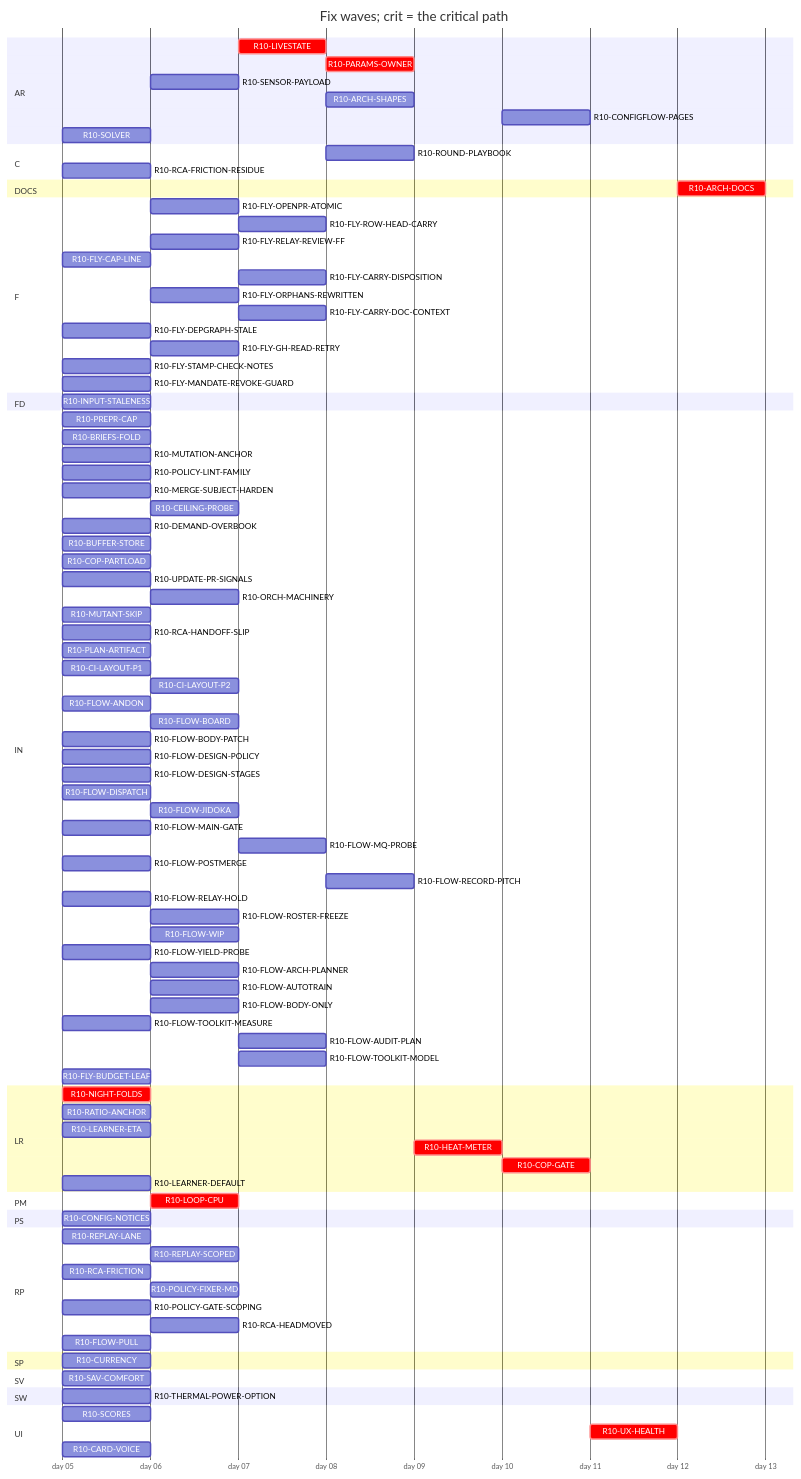
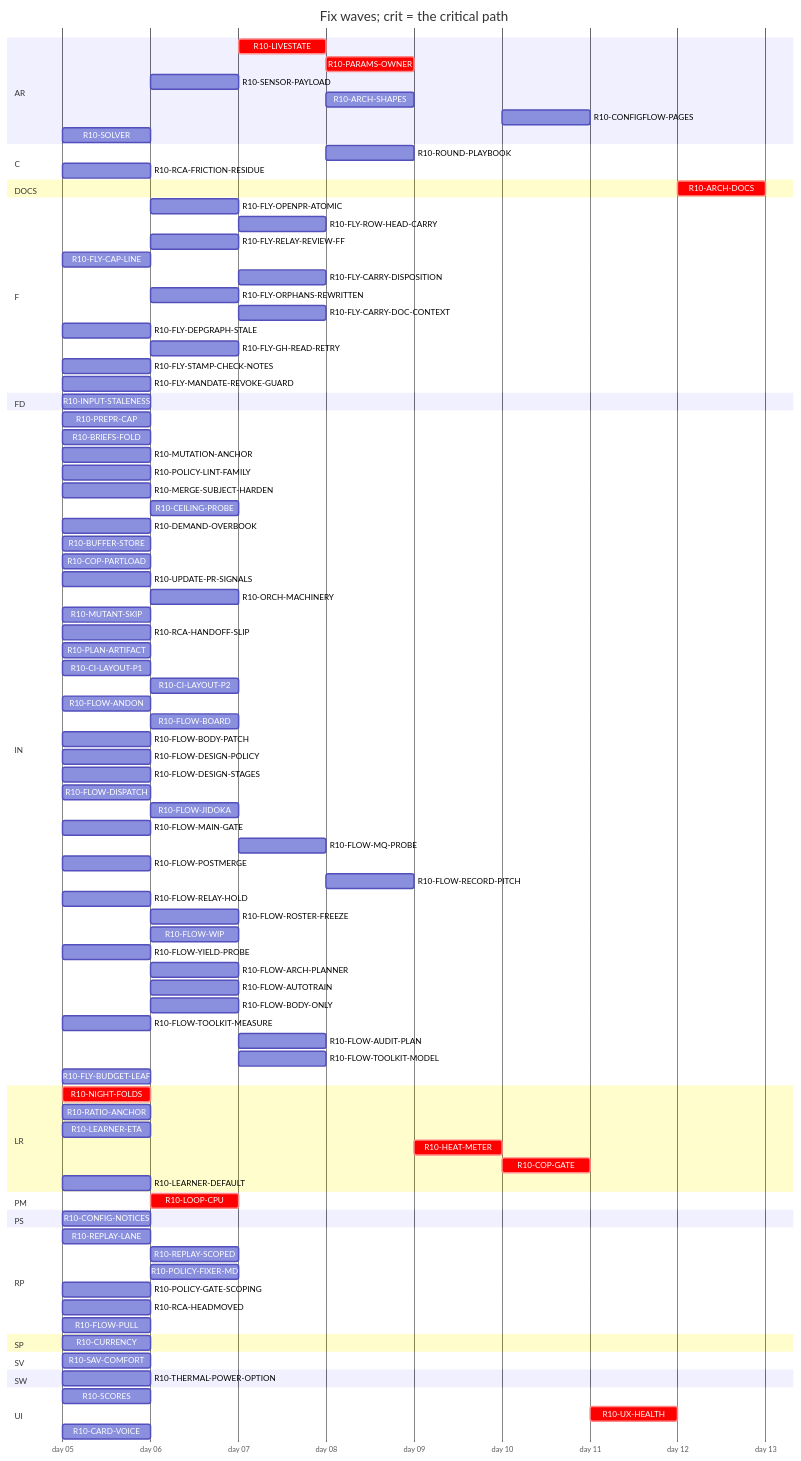
Before and after one commit to tvofi/heatpump_optimizer: the diagram in handoff/round10/state/PLAN-TABLE.md, drawn with Mermaid. The commit also changed other lines of this file, not shown here.

```diff
--- a/handoff/round10/state/PLAN-TABLE.md
+++ b/handoff/round10/state/PLAN-TABLE.md
@@ -108,10 +108,9 @@
   section RP
     R10-REPLAY-LANE :r10REPLAYLANE, 2026-01-05, 1d
     R10-REPLAY-SCOPED :r10REPLAYSCOPED, after r10REPLAYLANE, 1d
-    R10-RCA-FRICTION :r10RCAFRICTION, 2026-01-05, 1d
-    R10-POLICY-FIXER-MD :r10POLICYFIXERMD, after r10RCAFRICTION r10BRIEFSFOLD, 1d
+    R10-POLICY-FIXER-MD :r10POLICYFIXERMD, after r10BRIEFSFOLD, 1d
     R10-POLICY-GATE-SCOPING :r10POLICYGATESCOPING, 2026-01-05, 1d
-    R10-RCA-HEADMOVED :r10RCAHEADMOVED, after r10RCAFRICTION, 1d
+    R10-RCA-HEADMOVED :r10RCAHEADMOVED, 2026-01-05, 1d
     R10-FLOW-PULL :r10FLOWPULL, 2026-01-05, 1d
   section SP
     R10-CURRENCY :r10CURRENCY, 2026-01-05, 1d
```
